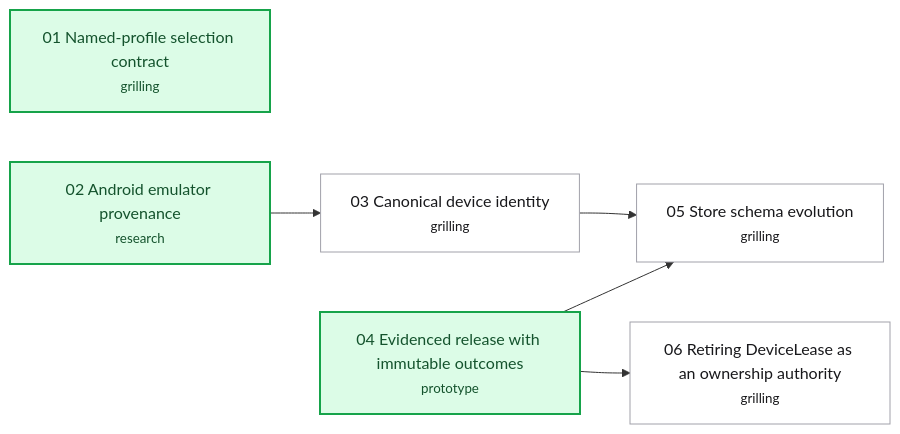
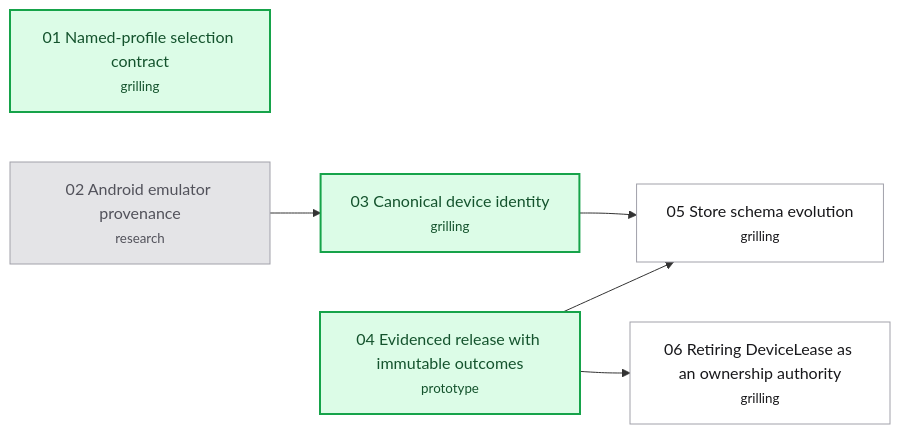
One commit to hugues-vnsgn/jev-ios-bridge changed the diagram in .scratch/appium-phase2/map.md. Above: the diagram before and after it, drawn with Mermaid. The commit also changed other lines of this file and 1 other file, not shown here.

Commit message:
Resolve Android emulator provenance research

````diff
--- a/.scratch/appium-phase2/map.md
+++ b/.scratch/appium-phase2/map.md
@@ -36,19 +37,20 @@
 ```mermaid
 flowchart LR
     T01["01 Named-profile selection contract<br/><small>grilling</small>"]
     T02["02 Android emulator provenance<br/><small>research</small>"]
     T03["03 Canonical device identity<br/><small>grilling</small>"]
     T04["04 Evidenced release with immutable outcomes<br/><small>prototype</small>"]
     T05["05 Store schema evolution<br/><small>grilling</small>"]
     T06["06 Retiring DeviceLease as an ownership authority<br/><small>grilling</small>"]
     T02 --> T03
     T03 --> T05
     T04 --> T05
     T04 --> T06
     classDef resolved fill:#e4e4e7,stroke:#a1a1aa,color:#52525b
     classDef claimed fill:#dbeafe,stroke:#2563eb,color:#1e3a8a
     classDef frontier fill:#dcfce7,stroke:#16a34a,color:#14532d,stroke-width:2px
     classDef blocked fill:#ffffff,stroke:#a1a1aa,color:#18181b
-    class T01,T02,T04 frontier
-    class T03,T05,T06 blocked
+    class T02 resolved
+    class T01,T03,T04 frontier
+    class T05,T06 blocked
 ```
````
